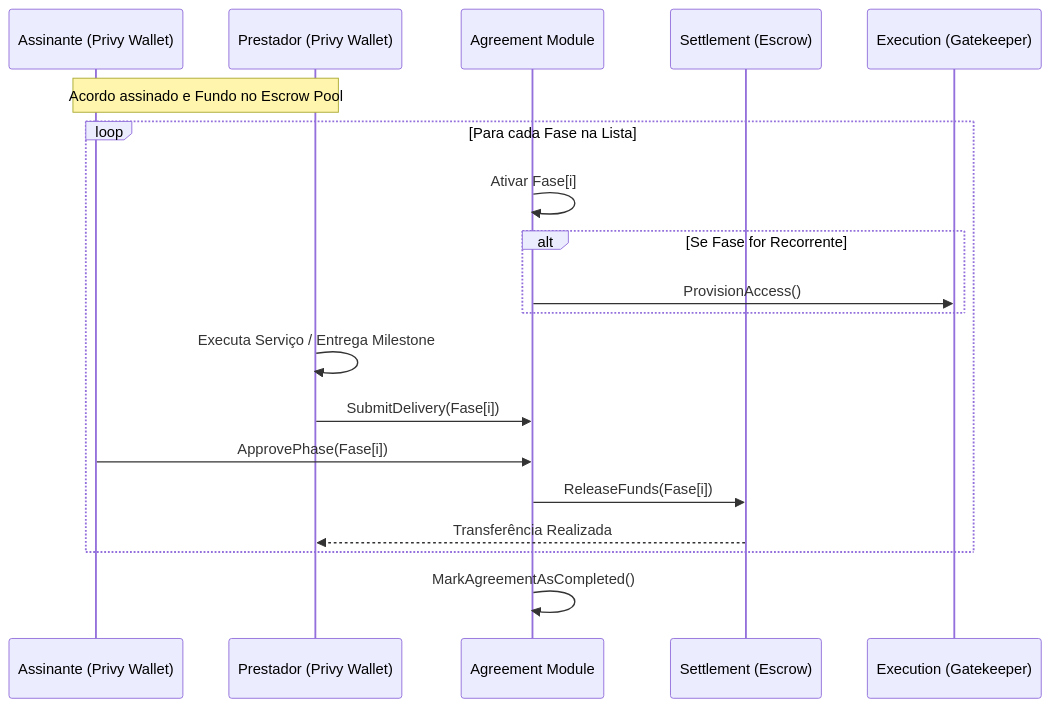
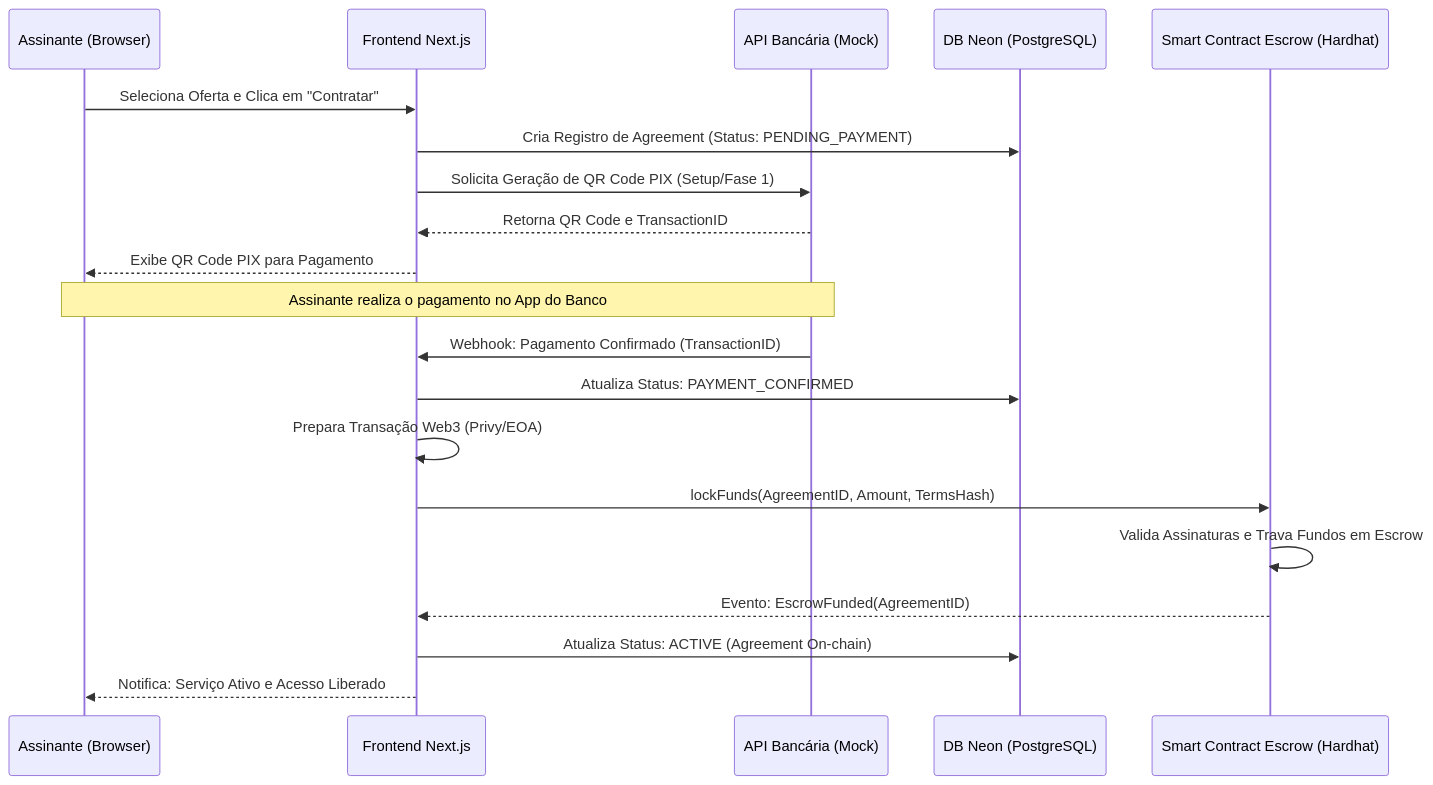
Before and after one commit to govinda777/HireTrust: the first of 3 diagrams in docs/global-architecture.md, drawn with Mermaid. The commit also changed other lines of this file and 3 other files, not shown here.

````diff
--- a/docs/global-architecture.md
+++ b/docs/global-architecture.md
@@ -63,24 +12,25 @@
 ```mermaid
 sequenceDiagram
-    participant U as Assinante (Privy Wallet)
-    participant P as Prestador (Privy Wallet)
-    participant A as Agreement Module
-    participant S as Settlement (Escrow)
-    participant E as Execution (Gatekeeper)
+    participant U as Assinante (Browser)
+    participant F as Frontend Next.js
+    participant API as API Bancária (Mock)
+    participant DB as DB Neon (PostgreSQL)
+    participant SC as Smart Contract Escrow (Hardhat)
 
-    Note over U, P: Acordo assinado e Fundo no Escrow Pool
+    U->>F: Seleciona Oferta e Clica em "Contratar"
+    F->>DB: Cria Registro de Agreement (Status: PENDING_PAYMENT)
+    F->>API: Solicita Geração de QR Code PIX (Setup/Fase 1)
+    API-->>F: Retorna QR Code e TransactionID
+    F-->>U: Exibe QR Code PIX para Pagamento
 
-    loop Para cada Fase na Lista
-        A->>A: Ativar Fase[i]
-        alt Se Fase for Recorrente
-            A->>E: ProvisionAccess()
-        end
-        P->>P: Executa Serviço / Entrega Milestone
-        P->>A: SubmitDelivery(Fase[i])
-        U->>A: ApprovePhase(Fase[i])
-        A->>S: ReleaseFunds(Fase[i])
-        S-->>P: Transferência Realizada
-    end
+    Note over U, API: Assinante realiza o pagamento no App do Banco
 
-    A->>A: MarkAgreementAsCompleted()
+    API->>F: Webhook: Pagamento Confirmado (TransactionID)
+    F->>DB: Atualiza Status: PAYMENT_CONFIRMED
+    F->>F: Prepara Transação Web3 (Privy/EOA)
+    F->>SC: lockFunds(AgreementID, Amount, TermsHash)
+    SC->>SC: Valida Assinaturas e Trava Fundos em Escrow
+    SC-->>F: Evento: EscrowFunded(AgreementID)
+    F->>DB: Atualiza Status: ACTIVE (Agreement On-chain)
+    F-->>U: Notifica: Serviço Ativo e Acesso Liberado
 ```
````
